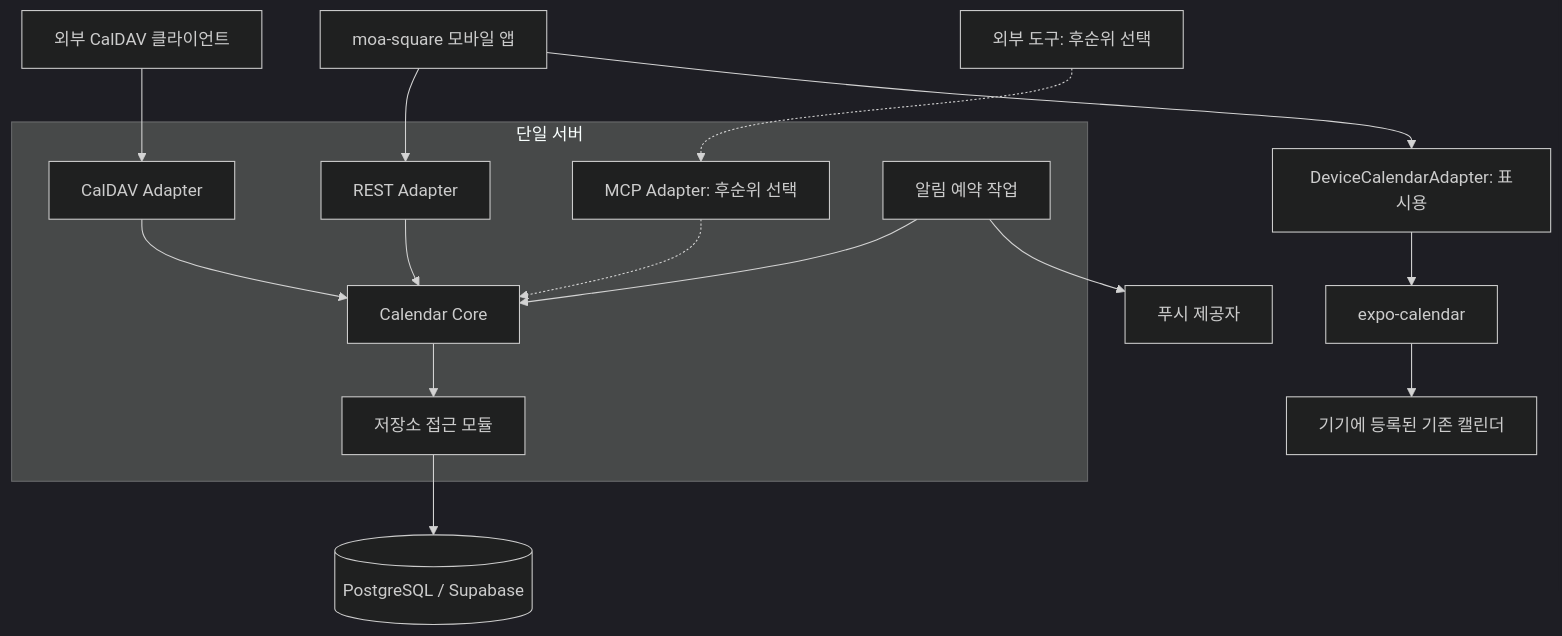
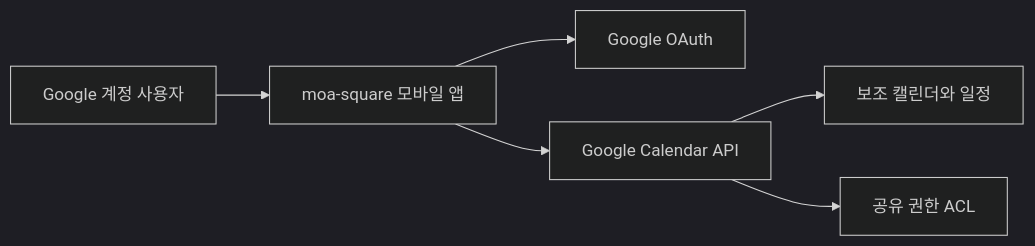
The diagram in docs/proposed-architecture.md (chae-dahee/moa-square), drawn with Mermaid (dark theme) before and after one commit. The commit also changed other lines of this file and 4 other files, not shown here.

Commit message:
docs: Google Calendar 기반 MVP로 전환

````diff
--- a/docs/proposed-architecture.md
+++ b/docs/proposed-architecture.md
@@ -21,18 +16,8 @@
 ```mermaid
-flowchart TD
-    App[moa-square 모바일 앱] --> REST
-    External[외부 CalDAV 클라이언트] --> CalDAV
-    Tools[외부 도구: 후순위 선택] -.-> MCP
-    subgraph Server[단일 서버]
-        REST[REST Adapter] --> Core[Calendar Core]
-        CalDAV[CalDAV Adapter] --> Core
-        MCP[MCP Adapter: 후순위 선택] -.-> Core
-        Jobs[알림 예약 작업] --> Core
-        Core --> Store[저장소 접근 모듈]
-    end
-    Store --> DB[(PostgreSQL / Supabase)]
-    Jobs --> Push[푸시 제공자]
-    App --> Device[DeviceCalendarAdapter: 표시용]
-    Device --> Expo[expo-calendar]
-    Expo --> OS[기기에 등록된 기존 캘린더]
+flowchart LR
+    User[Google 계정 사용자] --> App[moa-square 모바일 앱]
+    App --> OAuth[Google OAuth]
+    App --> API[Google Calendar API]
+    API --> Calendar[보조 캘린더와 일정]
+    API --> ACL[공유 권한 ACL]
 ```
````
